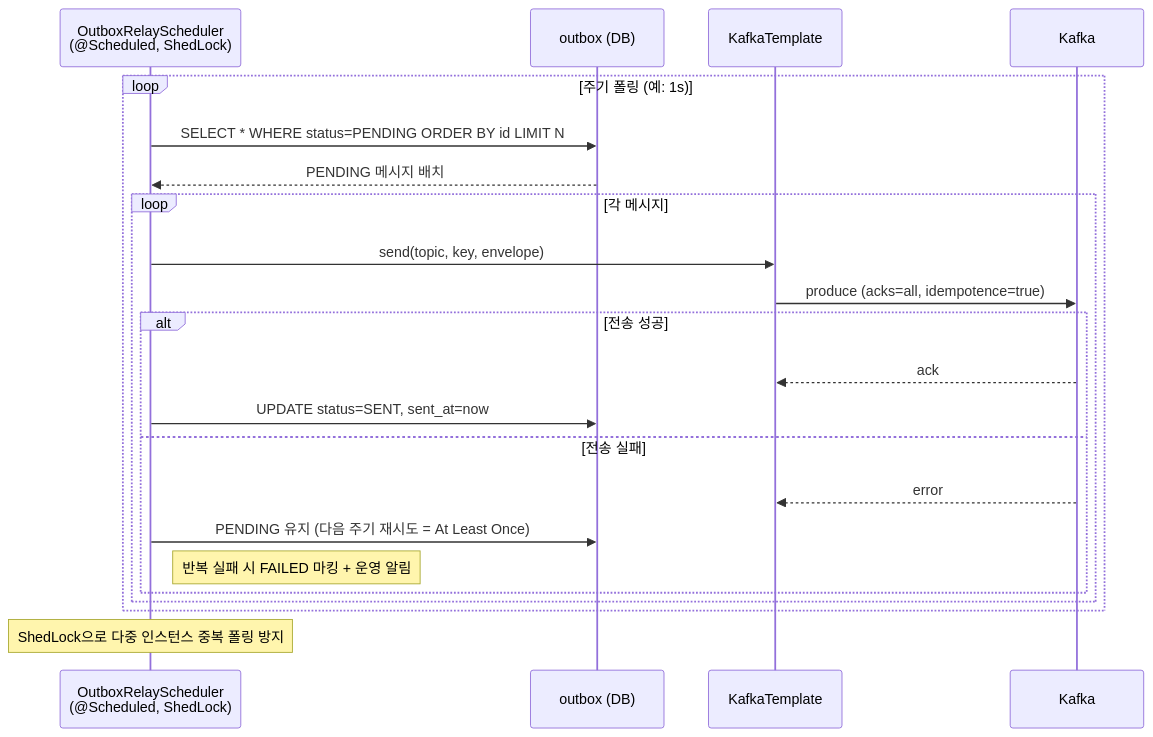
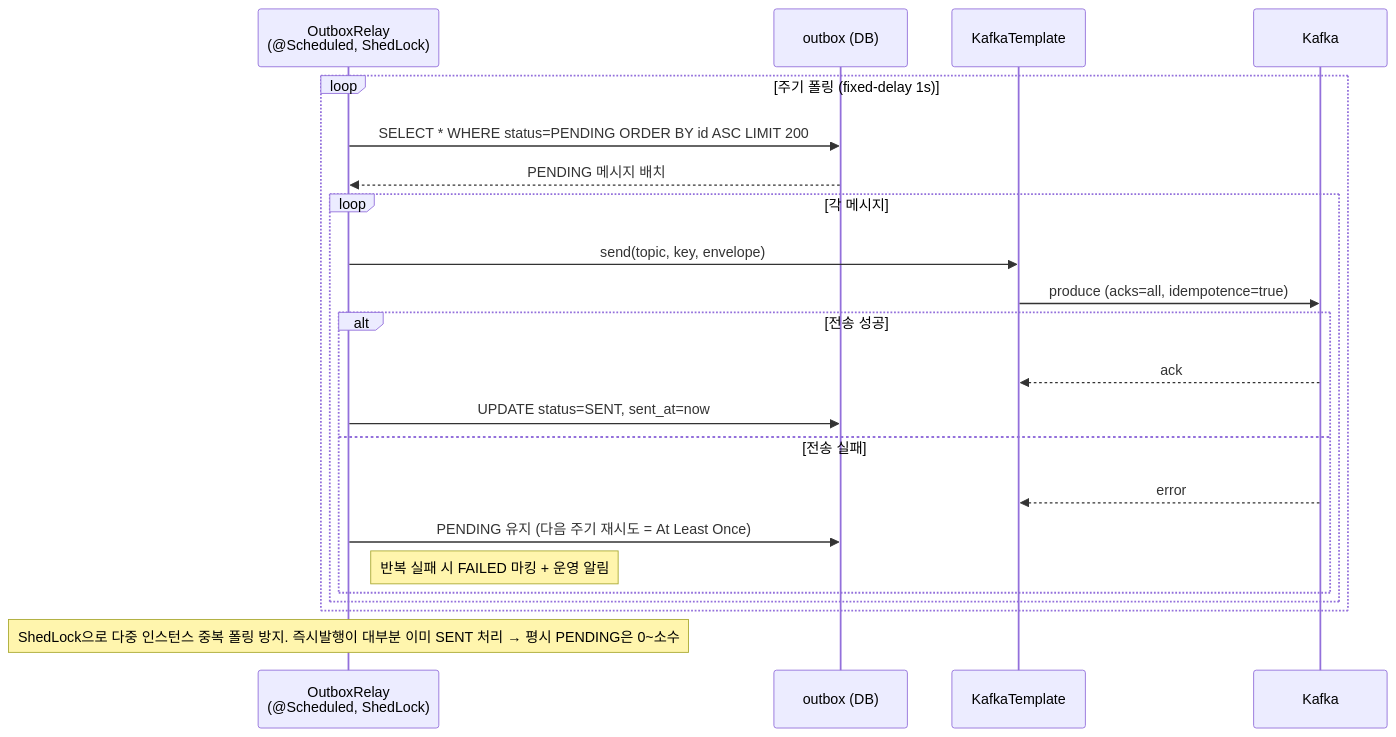
The fourth of 10 diagrams in docs/week7/02-sequence-diagrams.md (gamewithfriend/loop-pack-be-l2-vol4-java), drawn with Mermaid before and after one commit. The commit also changed other lines of this file and 1 other file, not shown here.

First line of the commit message:
docs(week7): 요구사항·시퀀스 다이어그램을 현재 구현에 동기화

````diff
--- a/docs/week7/02-sequence-diagrams.md
+++ b/docs/week7/02-sequence-diagrams.md
@@ -129,25 +134,25 @@
 ```mermaid
 sequenceDiagram
-    participant Sch as OutboxRelayScheduler<br/>(@Scheduled, ShedLock)
+    participant Sch as OutboxRelay<br/>(@Scheduled, ShedLock)
     participant OBox as outbox (DB)
     participant KT as KafkaTemplate
     participant K as Kafka
 
-    loop 주기 폴링 (예: 1s)
-        Sch->>OBox: SELECT * WHERE status=PENDING ORDER BY id LIMIT N
+    loop 주기 폴링 (fixed-delay 1s)
+        Sch->>OBox: SELECT * WHERE status=PENDING ORDER BY id ASC LIMIT 200
         OBox-->>Sch: PENDING 메시지 배치
         loop 각 메시지
             Sch->>KT: send(topic, key, envelope)
             KT->>K: produce (acks=all, idempotence=true)
             alt 전송 성공
                 K-->>KT: ack
                 Sch->>OBox: UPDATE status=SENT, sent_at=now
             else 전송 실패
                 K-->>KT: error
                 Sch->>OBox: PENDING 유지 (다음 주기 재시도 = At Least Once)
                 note right of Sch: 반복 실패 시 FAILED 마킹 + 운영 알림
             end
         end
     end
-    note over Sch: ShedLock으로 다중 인스턴스 중복 폴링 방지
+    note over Sch: ShedLock으로 다중 인스턴스 중복 폴링 방지. 즉시발행이 대부분 이미 SENT 처리 → 평시 PENDING은 0~소수
 ```
````
